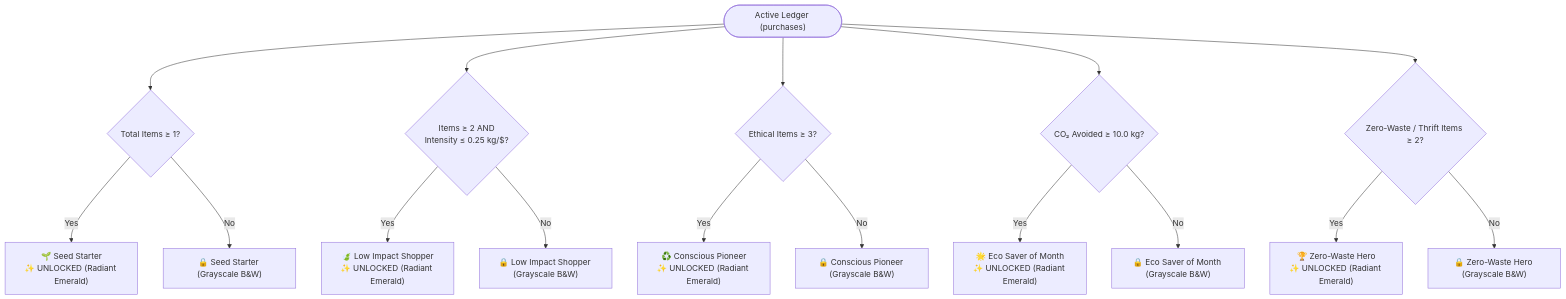
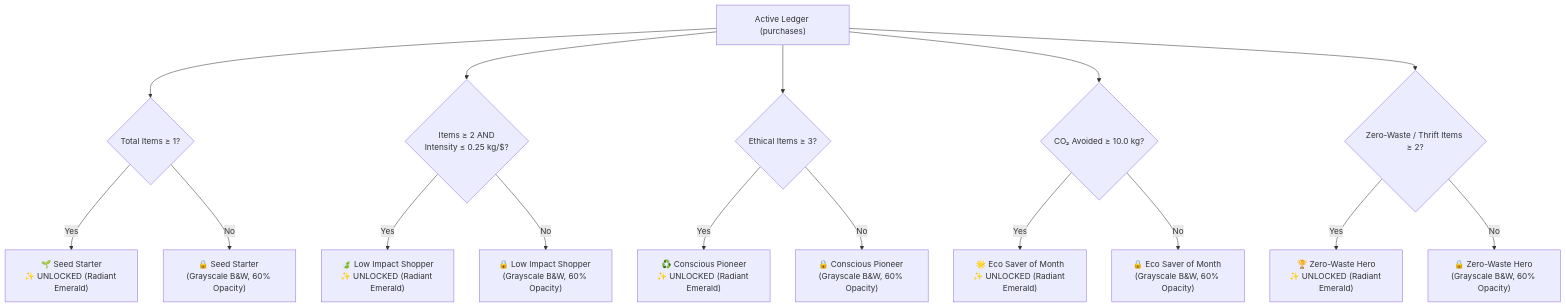
One commit to parthibcpana/IDAI102-1000544-PARTH-PARVINBHAI-GAJERA-SA changed the seventh of 7 diagrams in README.md. Above: the diagram before and after it, drawn with Mermaid. The commit also changed other lines of this file and 3 other files, not shown here.

Commit message:
docs(SA): elevate documentation with centered layout, rich diagrams, and screenshot gallery

````diff
--- a/README.md
+++ b/README.md
@@ -221,22 +339,22 @@
 ```mermaid
 flowchart TD
-    Start(["Active Ledger (purchases)"]) --> Check1{"Total Items ≥ 1?"}
+    LedgerState["Active Ledger (purchases)"] --> Check1{"Total Items ≥ 1?"}
     Check1 -- Yes --> B1["🌱 Seed Starter<br>✨ UNLOCKED (Radiant Emerald)"]
-    Check1 -- No --> L1["🔒 Seed Starter (Grayscale B&W)"]
+    Check1 -- No --> L1["🔒 Seed Starter (Grayscale B&W, 60% Opacity)"]
 
-    Start --> Check2{"Items ≥ 2 AND<br>Intensity ≤ 0.25 kg/$?"}
+    LedgerState --> Check2{"Items ≥ 2 AND<br>Intensity ≤ 0.25 kg/$?"}
     Check2 -- Yes --> B2["🍃 Low Impact Shopper<br>✨ UNLOCKED (Radiant Emerald)"]
-    Check2 -- No --> L2["🔒 Low Impact Shopper (Grayscale B&W)"]
+    Check2 -- No --> L2["🔒 Low Impact Shopper (Grayscale B&W, 60% Opacity)"]
 
-    Start --> Check3{"Ethical Items ≥ 3?"}
+    LedgerState --> Check3{"Ethical Items ≥ 3?"}
     Check3 -- Yes --> B3["♻️ Conscious Pioneer<br>✨ UNLOCKED (Radiant Emerald)"]
-    Check3 -- No --> L3["🔒 Conscious Pioneer (Grayscale B&W)"]
+    Check3 -- No --> L3["🔒 Conscious Pioneer (Grayscale B&W, 60% Opacity)"]
 
-    Start --> Check4{"CO₂ Avoided ≥ 10.0 kg?"}
+    LedgerState --> Check4{"CO₂ Avoided ≥ 10.0 kg?"}
     Check4 -- Yes --> B4["🌟 Eco Saver of Month<br>✨ UNLOCKED (Radiant Emerald)"]
-    Check4 -- No --> L4["🔒 Eco Saver of Month (Grayscale B&W)"]
+    Check4 -- No --> L4["🔒 Eco Saver of Month (Grayscale B&W, 60% Opacity)"]
 
-    Start --> Check5{"Zero-Waste / Thrift Items ≥ 2?"}
+    LedgerState --> Check5{"Zero-Waste / Thrift Items ≥ 2?"}
     Check5 -- Yes --> B5["🏆 Zero-Waste Hero<br>✨ UNLOCKED (Radiant Emerald)"]
-    Check5 -- No --> L5["🔒 Zero-Waste Hero (Grayscale B&W)"]
+    Check5 -- No --> L5["🔒 Zero-Waste Hero (Grayscale B&W, 60% Opacity)"]
 ```
````
